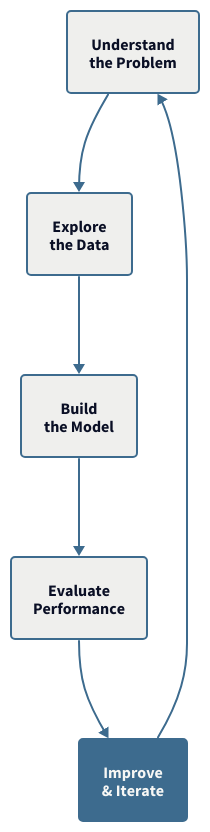
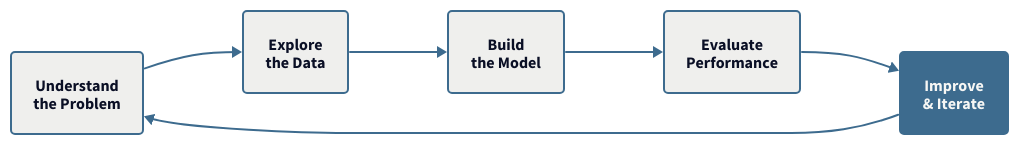
The diagram in slides/figures/d2/ml-loop.d2 (dannycab/MSU_REU_ML_course), drawn with D2 before and after one commit. The commit also changed 39 other files, not shown here.

```diff
--- a/slides/figures/d2/ml-loop.d2
+++ b/slides/figures/d2/ml-loop.d2
@@ -1,32 +1,34 @@
+direction: right
+
 understand: "Understand\nthe Problem" {
   style.fill: "#EFEFED"
   style.stroke: "#3D6B8E"
   style.border-radius: 4
 }
 explore: "Explore\nthe Data" {
   style.fill: "#EFEFED"
   style.stroke: "#3D6B8E"
   style.border-radius: 4
 }
 build: "Build\nthe Model" {
   style.fill: "#EFEFED"
   style.stroke: "#3D6B8E"
   style.border-radius: 4
 }
 evaluate: "Evaluate\nPerformance" {
   style.fill: "#EFEFED"
   style.stroke: "#3D6B8E"
   style.border-radius: 4
 }
 improve: "Improve\n& Iterate" {
   style.fill: "#3D6B8E"
   style.stroke: "#3D6B8E"
   style.font-color: "#F7F7F5"
   style.border-radius: 4
 }
 
 understand -> explore: {style.stroke: "#3D6B8E"}
 explore -> build: {style.stroke: "#3D6B8E"}
 build -> evaluate: {style.stroke: "#3D6B8E"}
 evaluate -> improve: {style.stroke: "#3D6B8E"}
 improve -> understand: {style.stroke: "#3D6B8E"}
```
